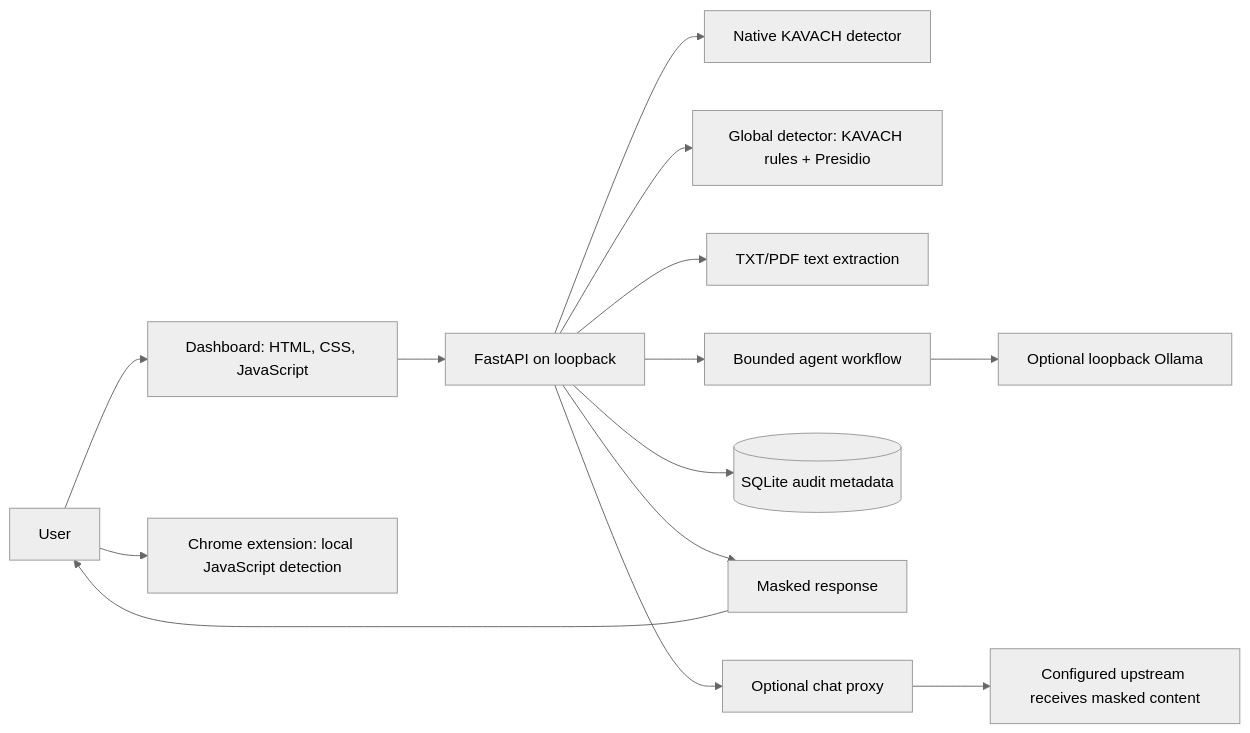
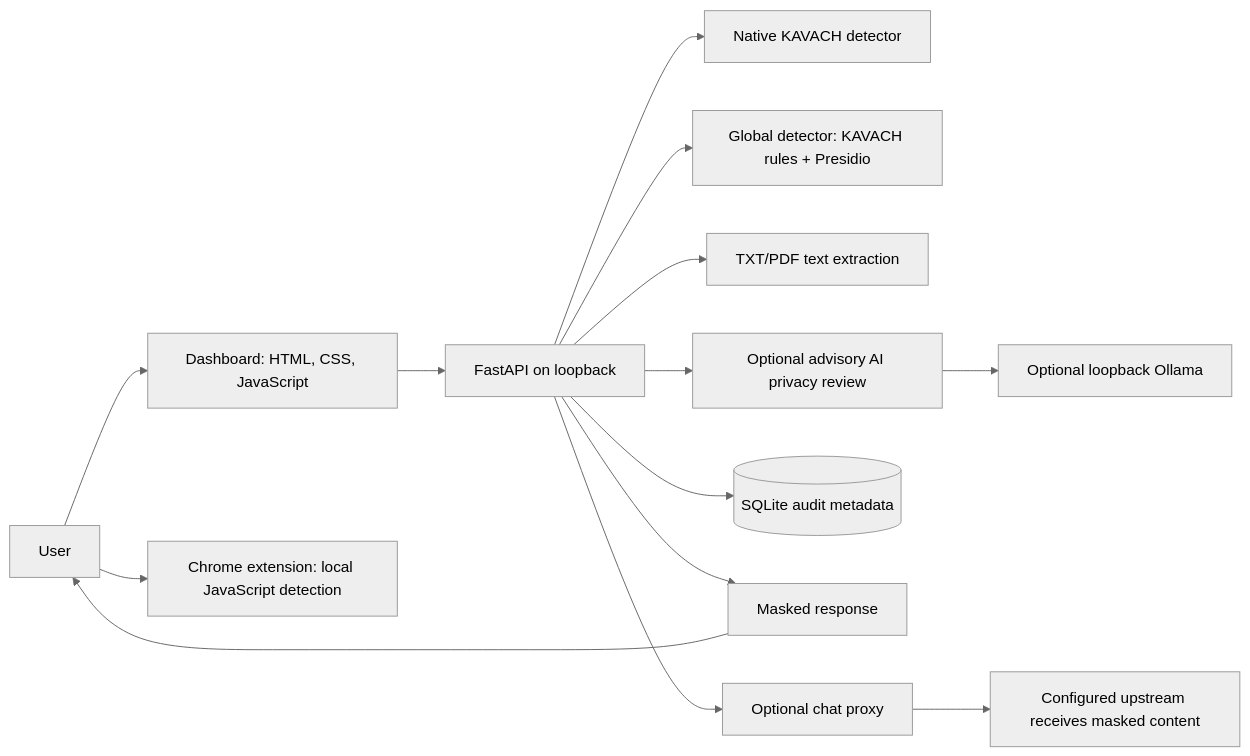
Before and after one commit to harshita-amberkar/kavach-lite: the diagram in README.md, drawn with Mermaid (neutral theme). The commit also changed other lines of this file and 27 other files, not shown here.

````diff
--- a/README.md
+++ b/README.md
@@ -36,16 +36,16 @@
 ```mermaid
 flowchart LR
   U[User] --> D[Dashboard: HTML, CSS, JavaScript]
   U --> E[Chrome extension: local JavaScript detection]
   D --> A[FastAPI on loopback]
   A --> N[Native KAVACH detector]
   A --> G[Global detector: KAVACH rules + Presidio]
   A --> F[TXT/PDF text extraction]
-  A --> W[Bounded agent workflow]
+  A --> W[Optional advisory AI privacy review]
   W --> O[Optional loopback Ollama]
   A --> DB[(SQLite audit metadata)]
   A --> P[Masked response]
   P --> U
   A --> X[Optional chat proxy]
   X --> R[Configured upstream receives masked content]
 ```
````
